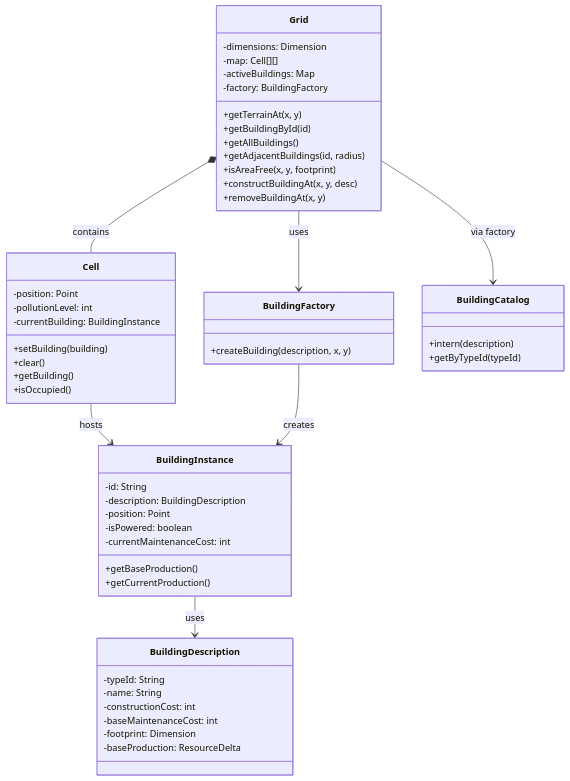
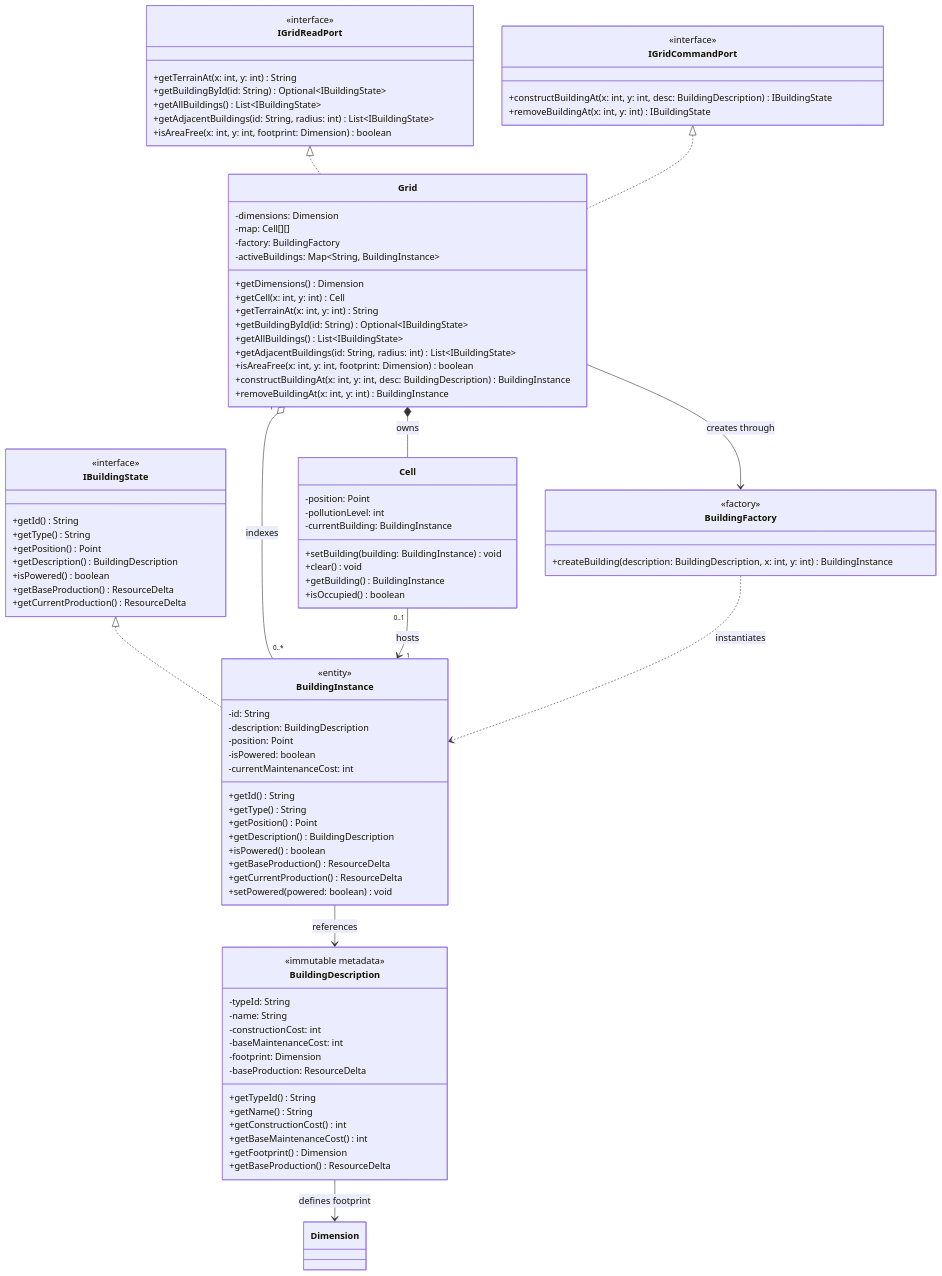
The first of 3 diagrams in docs/design-document.md (LeonardoBellan/CityLogic), drawn with Mermaid before and after one commit. The commit also changed other lines of this file and 22 other files, not shown here.

````diff
--- a/docs/design-document.md
+++ b/docs/design-document.md
@@ -14,63 +19,93 @@
 ```mermaid
 classDiagram
     direction TB
-
+    class IGridReadPort { <<interface>>
+        +getTerrainAt(x: int, y: int) String
+        +getBuildingById(id: String) Optional~IBuildingState~
+        +getAllBuildings() List~IBuildingState~
+        +getAdjacentBuildings(id: String, radius: int) List~IBuildingState~
+        +isAreaFree(x: int, y: int, footprint: Dimension) boolean
+    }
+    class IGridCommandPort { <<interface>>
+        +constructBuildingAt(x: int, y: int, desc: BuildingDescription) IBuildingState
+        +removeBuildingAt(x: int, y: int) IBuildingState
+    }
+    class IBuildingState { <<interface>>
+        +getId() String
+        +getType() String
+        +getPosition() Point
+        +getDescription() BuildingDescription
+        +isPowered() boolean
+        +getBaseProduction() ResourceDelta
+        +getCurrentProduction() ResourceDelta
+    }
     class Grid {
         -dimensions: Dimension
         -map: Cell[][]
-        -activeBuildings: Map<String, BuildingInstance>
         -factory: BuildingFactory
-        +getTerrainAt(x, y)
-        +getBuildingById(id)
-        +getAllBuildings()
-        +getAdjacentBuildings(id, radius)
-        +isAreaFree(x, y, footprint)
-        +constructBuildingAt(x, y, desc)
-        +removeBuildingAt(x, y)
+        -activeBuildings: Map~String, BuildingInstance~
+        +getDimensions() Dimension
+        +getCell(x: int, y: int) Cell
+        +getTerrainAt(x: int, y: int) String
+        +getBuildingById(id: String) Optional~IBuildingState~
+        +getAllBuildings() List~IBuildingState~
+        +getAdjacentBuildings(id: String, radius: int) List~IBuildingState~
+        +isAreaFree(x: int, y: int, footprint: Dimension) boolean
+        +constructBuildingAt(x: int, y: int, desc: BuildingDescription) BuildingInstance
+        +removeBuildingAt(x: int, y: int) BuildingInstance
     }
-
     class Cell {
         -position: Point
         -pollutionLevel: int
         -currentBuilding: BuildingInstance
-        +setBuilding(building)
-        +clear()
-        +getBuilding()
-        +isOccupied()
+        +setBuilding(building: BuildingInstance) void
+        +clear() void
+        +getBuilding() BuildingInstance
+        +isOccupied() boolean
     }
-
-    class BuildingInstance {
-        -id: String
-        -description: BuildingDescription
-        -position: Point
-        -isPowered: boolean
-        -currentMaintenanceCost: int
-        +getBaseProduction()
-        +getCurrentProduction()
-    }
-
     class BuildingDescription {
+        <<immutable metadata>>
         -typeId: String
         -name: String
         -constructionCost: int
         -baseMaintenanceCost: int
         -footprint: Dimension
         -baseProduction: ResourceDelta
+        +getTypeId() String
+        +getName() String
+        +getConstructionCost() int
+        +getBaseMaintenanceCost() int
+        +getFootprint() Dimension
+        +getBaseProduction() ResourceDelta
     }
-
+    class BuildingInstance {
+        <<entity>>
+        -id: String
+        -description: BuildingDescription
+        -position: Point
+        -isPowered: boolean
+        -currentMaintenanceCost: int
+        +getId() String
+        +getType() String
+        +getPosition() Point
+        +getDescription() BuildingDescription
+        +isPowered() boolean
+        +getBaseProduction() ResourceDelta
+        +getCurrentProduction() ResourceDelta
+        +setPowered(powered: boolean) void
+    }
     class BuildingFactory {
-        +createBuilding(description, x, y)
+        <<factory>>
+        +createBuilding(description: BuildingDescription, x: int, y: int) BuildingInstance
     }
-
-    class BuildingCatalog {
-        +intern(description)
-        +getByTypeId(typeId)
-    }
-
-    Grid *-- Cell : contains
-    Grid --> BuildingFactory : uses
-    Grid --> BuildingCatalog : via factory
-    Cell --> BuildingInstance : hosts
-    BuildingInstance --> BuildingDescription : uses
-    BuildingFactory --> BuildingInstance : creates
+    IGridReadPort <|.. Grid
+    IGridCommandPort <|.. Grid
+    IBuildingState <|.. BuildingInstance
+    Grid *-- Cell : owns
+    Grid --> BuildingFactory : creates through
+    Grid "1" o-- "0..*" BuildingInstance : indexes
+    Cell "0..1" --> "1" BuildingInstance : hosts
+    BuildingInstance --> BuildingDescription : references
+    BuildingDescription --> Dimension : defines footprint
+    BuildingFactory ..> BuildingInstance : instantiates
 ```
````
